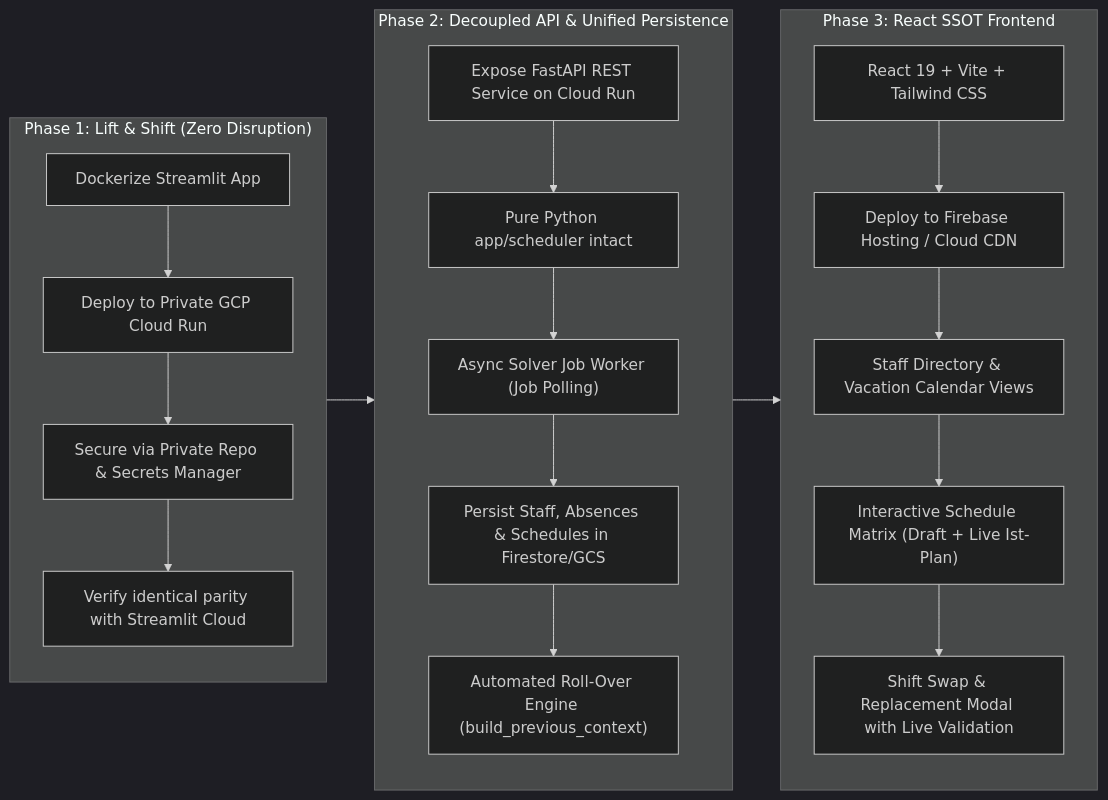
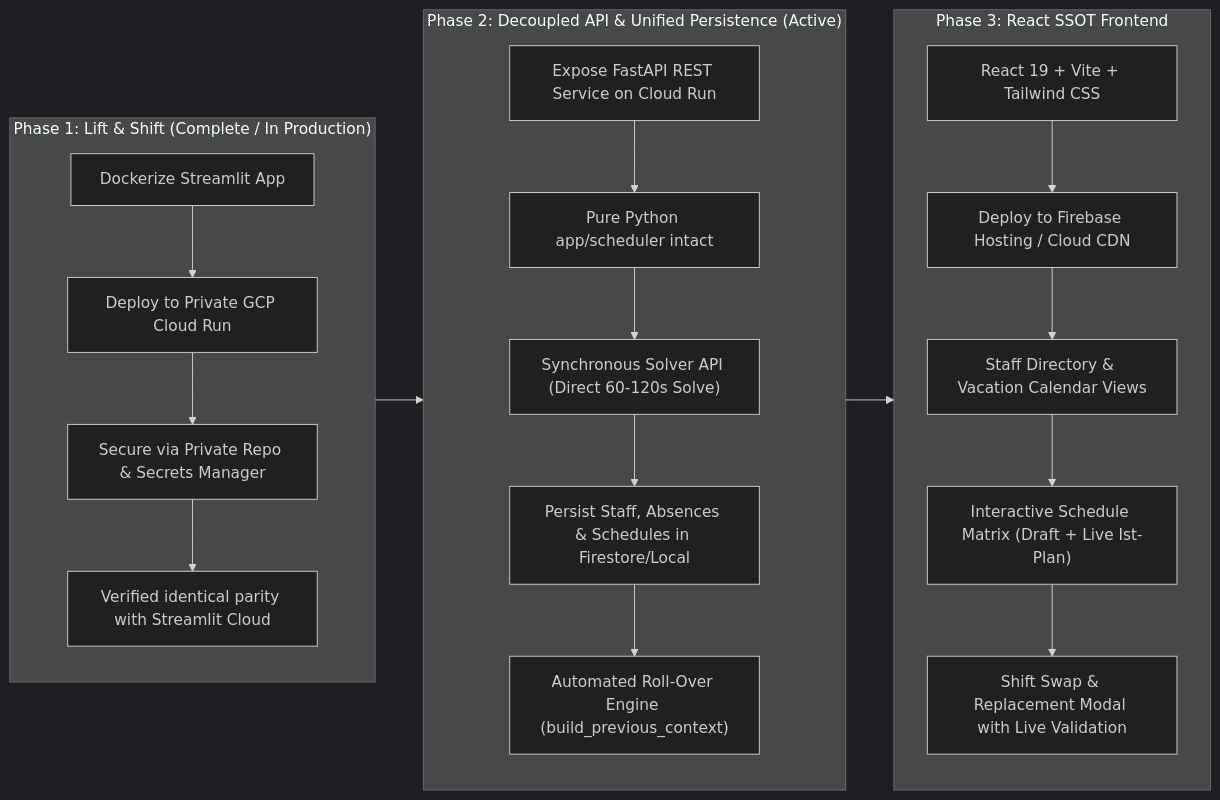
The second of 3 diagrams in documentation/PRDs/PRD_gcp_cloud_run_migration_and_modernization.md (ekovanda/scheduling), drawn with Mermaid (dark theme) before and after one commit. The commit also changed other lines of this file, not shown here.

Commit message:
docs(prd): specify synchronous solver execution and parallel dev cloud run target

````diff
--- a/documentation/PRDs/PRD_gcp_cloud_run_migration_and_modernization.md
+++ b/documentation/PRDs/PRD_gcp_cloud_run_migration_and_modernization.md
@@ -99,27 +99,27 @@
 ```mermaid
 flowchart LR
-    subgraph Phase1["Phase 1: Lift & Shift (Zero Disruption)"]
+    subgraph Phase1["Phase 1: Lift & Shift (Complete / In Production)"]
         direction TB
         A1["Dockerize Streamlit App"] --> A2["Deploy to Private GCP Cloud Run"]
         A2 --> A3["Secure via Private Repo & Secrets Manager"]
-        A3 --> A4["Verify identical parity with Streamlit Cloud"]
+        A3 --> A4["Verified identical parity with Streamlit Cloud"]
     end
 
-    subgraph Phase2["Phase 2: Decoupled API & Unified Persistence"]
+    subgraph Phase2["Phase 2: Decoupled API & Unified Persistence (Active)"]
         direction TB
         B1["Expose FastAPI REST Service on Cloud Run"] --> B2["Pure Python app/scheduler intact"]
-        B2 --> B3["Async Solver Job Worker (Job Polling)"]
-        B3 --> B4["Persist Staff, Absences & Schedules in Firestore/GCS"]
+        B2 --> B3["Synchronous Solver API (Direct 60-120s Solve)"]
+        B3 --> B4["Persist Staff, Absences & Schedules in Firestore/Local"]
         B4 --> B5["Automated Roll-Over Engine (build_previous_context)"]
     end
 
     subgraph Phase3["Phase 3: React SSOT Frontend"]
         direction TB
         C1["React 19 + Vite + Tailwind CSS"] --> C2["Deploy to Firebase Hosting / Cloud CDN"]
         C2 --> C3["Staff Directory & Vacation Calendar Views"]
         C3 --> C4["Interactive Schedule Matrix (Draft + Live Ist-Plan)"]
         C4 --> C5["Shift Swap & Replacement Modal with Live Validation"]
     end
 
     Phase1 --> Phase2 --> Phase3
 ```
````
